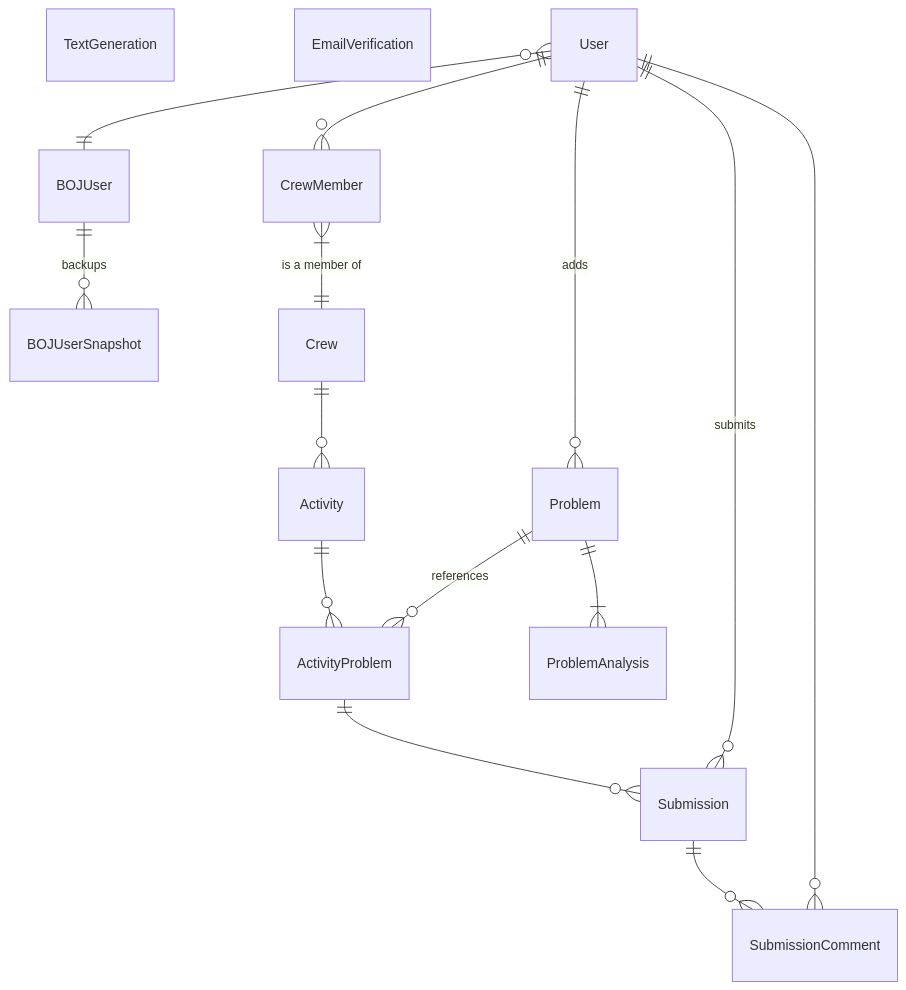
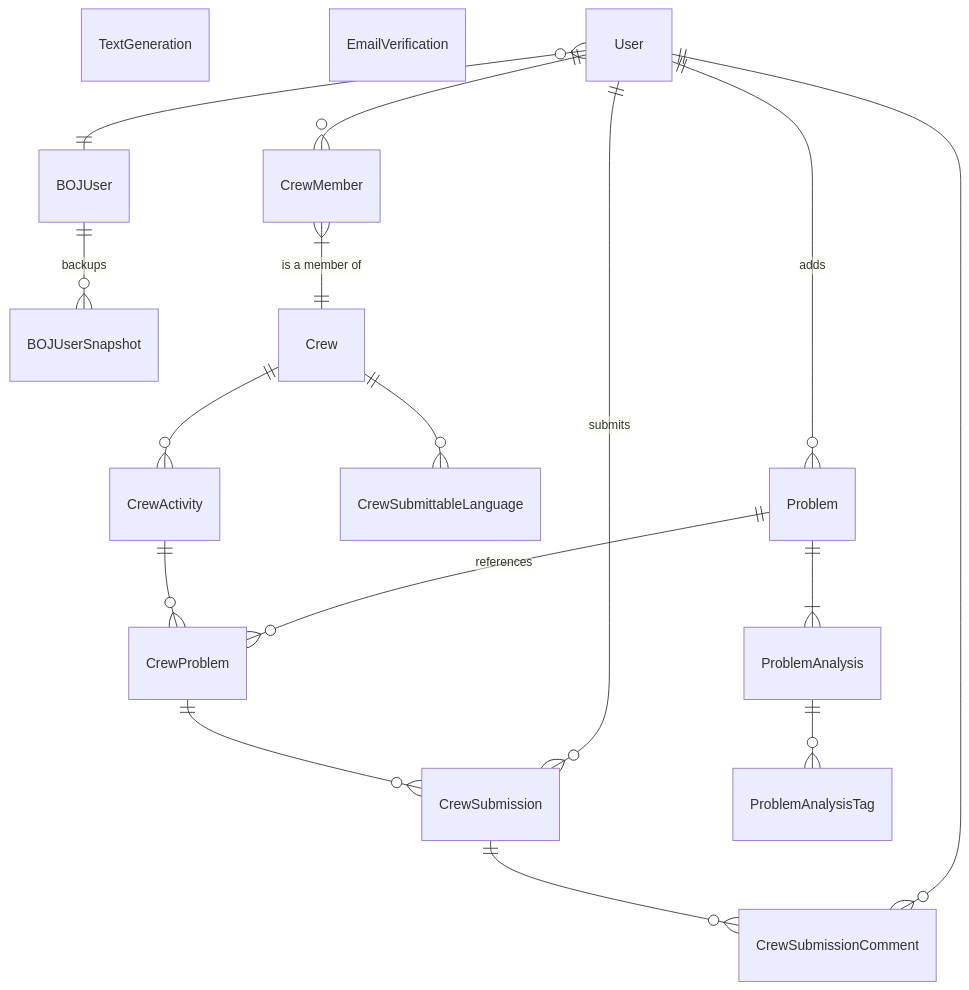
The diagram in README.md (tle-ko/be-django), drawn with Mermaid before and after one commit. The commit also changed other lines of this file, not shown here.

Commit message:
docs(README.md): 리펙터링된 데이터 모델 및 제거된 앱 반영

````diff
--- a/README.md
+++ b/README.md
@@ -67,22 +63,24 @@
 ```mermaid
 erDiagram
 
 TextGeneration
 EmailVerification
 
 User }o--|| BOJUser : ""
 User ||--o{ Problem : "adds"
 User ||--o{ CrewMember : ""
-User ||--o{ Submission : "submits"
-User ||--o{ SubmissionComment : ""
+User ||--o{ CrewSubmission : "submits"
+User ||--o{ CrewSubmissionComment : ""
 
 BOJUser ||--o{ BOJUserSnapshot : "backups"
-Problem ||--o{ ActivityProblem : "references"
+Problem ||--o{ CrewProblem : "references"
 Problem ||--|{ ProblemAnalysis : ""
+ProblemAnalysis ||--o{ ProblemAnalysisTag : ""
 
 CrewMember }|--|| Crew : "is a member of"
-Crew ||--o{ Activity : ""
-Activity ||--o{ ActivityProblem : ""
-ActivityProblem ||--o{ Submission : ""
-Submission ||--o{ SubmissionComment : ""
+Crew ||--o{ CrewSubmittableLanguage : ""
+Crew ||--o{ CrewActivity : ""
+CrewActivity ||--o{ CrewProblem : ""
+CrewProblem ||--o{ CrewSubmission : ""
+CrewSubmission ||--o{ CrewSubmissionComment : ""
 ```
````
